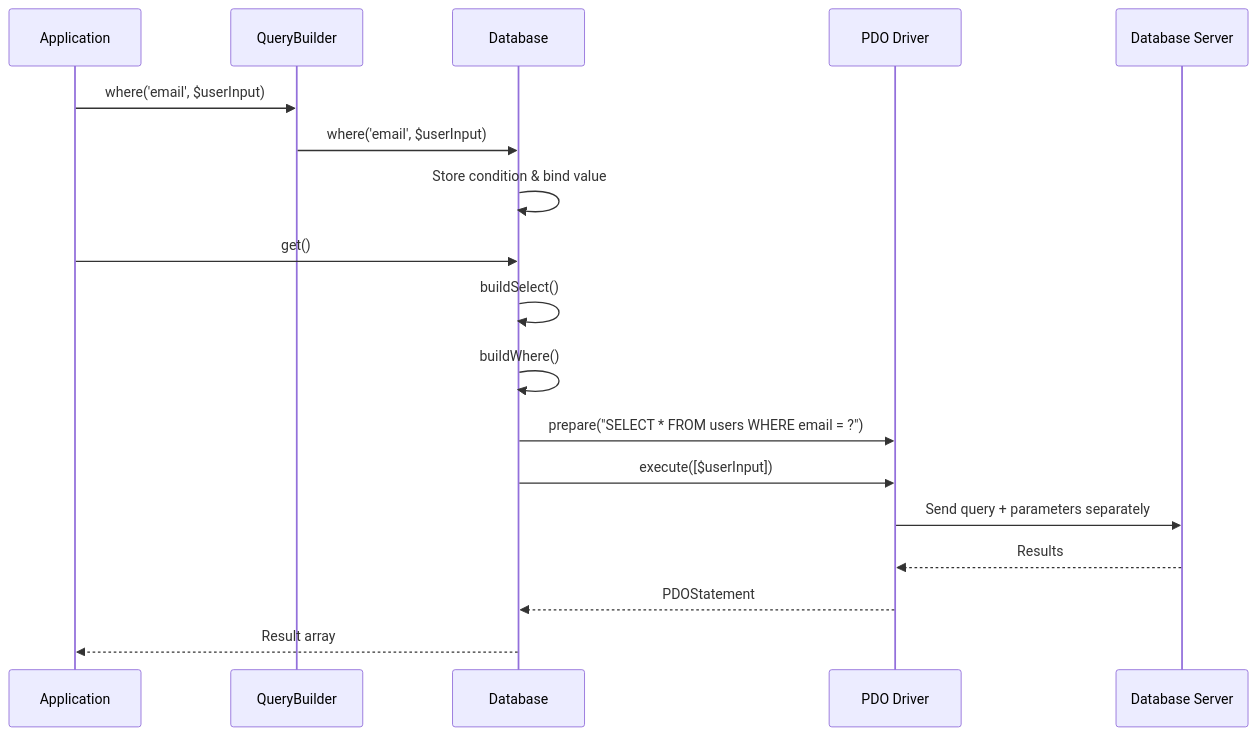
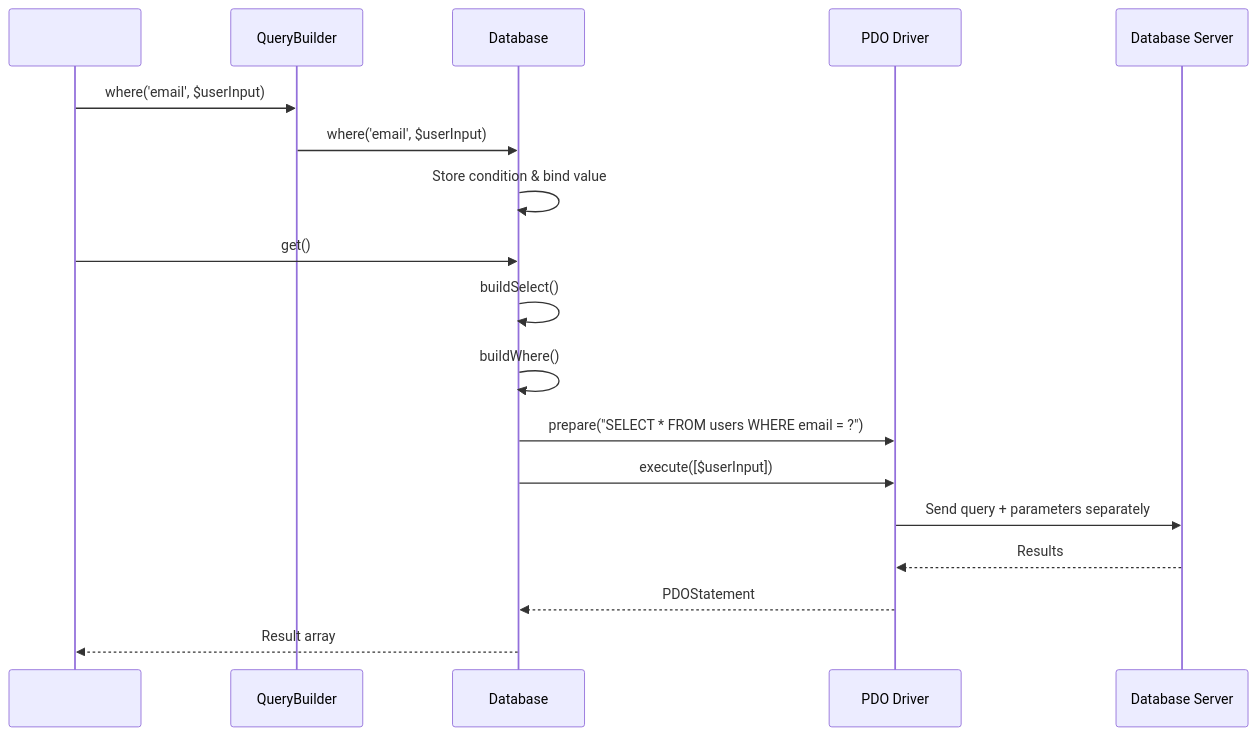
The second of 2 diagrams in .qoder/repowiki/en/content/Database/Query Builder.md (andrfilipenk/new), drawn with Mermaid before and after one commit. The commit also changed 44 other files, not shown here.

````diff
--- a/.qoder/repowiki/en/content/Database/Query Builder.md
+++ b/.qoder/repowiki/en/content/Database/Query Builder.md
@@ -189,20 +189,20 @@
 ```mermaid
 sequenceDiagram
-participant App as Application
+participant App as 
 participant QB as QueryBuilder
 participant DB as Database
 participant PDO as PDO Driver
 participant DBServer as Database Server
 App->>QB : where('email', $userInput)
 QB->>DB : where('email', $userInput)
 DB->>DB : Store condition & bind value
 App->>DB : get()
 DB->>DB : buildSelect()
 DB->>DB : buildWhere()
 DB->>PDO : prepare("SELECT * FROM users WHERE email = ?")
 DB->>PDO : execute([$userInput])
 PDO->>DBServer : Send query + parameters separately
 DBServer-->>PDO : Results
 PDO-->>DB : PDOStatement
 DB-->>App : Result array
 ```
````
